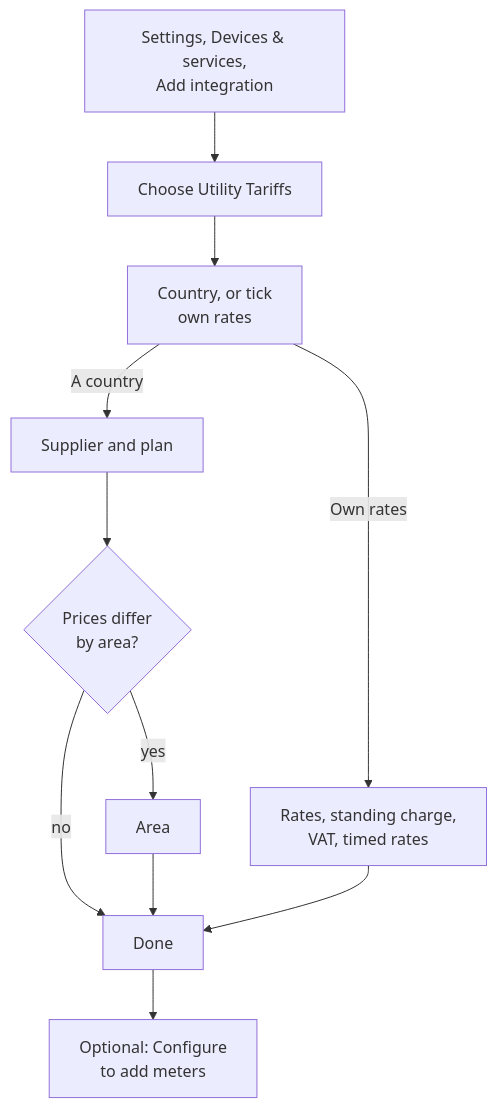
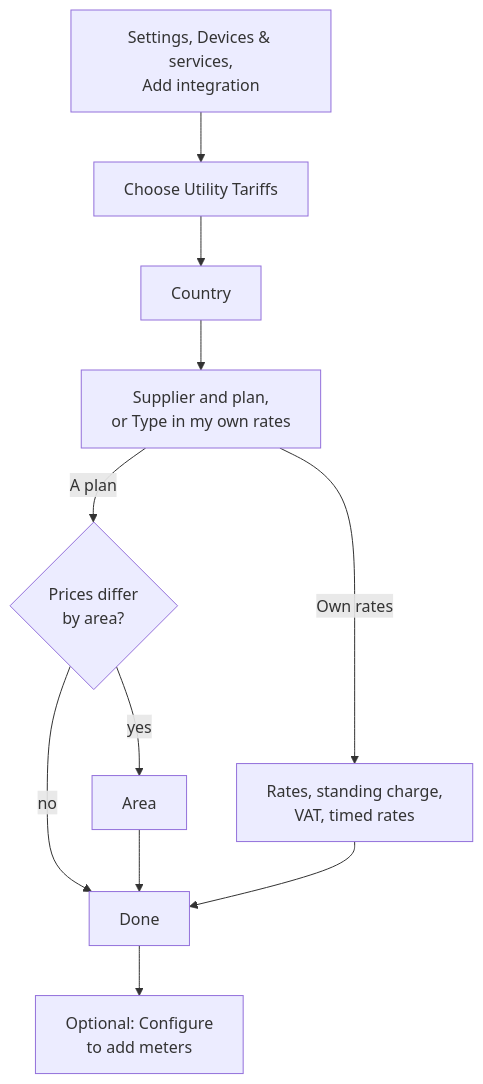
Before and after one commit to macuistin/ha-utility-tariffs: the first of 2 diagrams in docs/setup-guide.md, drawn with Mermaid. The commit also changed other lines of this file and 11 other files, not shown here.

First line of the commit message:
feat(config): put own rates first in the plan list

````diff
--- a/docs/setup-guide.md
+++ b/docs/setup-guide.md
@@ -9,13 +9,13 @@
 ```mermaid
 flowchart TD
     A[Settings, Devices & services,<br/>Add integration] --> B[Choose Utility Tariffs]
-    B --> D[Country, or tick<br/>own rates]
-    D -->|A country| F[Supplier and plan]
-    F --> G{Prices differ<br/>by area?}
+    B --> D[Country]
+    D --> F[Supplier and plan,<br/>or Type in my own rates]
+    F -->|A plan| G{Prices differ<br/>by area?}
     G -->|yes| H[Area]
     G -->|no| I[Done]
     H --> I
-    D -->|Own rates| J[Rates, standing charge,<br/>VAT, timed rates]
+    F -->|Own rates| J[Rates, standing charge,<br/>VAT, timed rates]
     J --> I
     I --> K[Optional: Configure<br/>to add meters]
 ```
````
